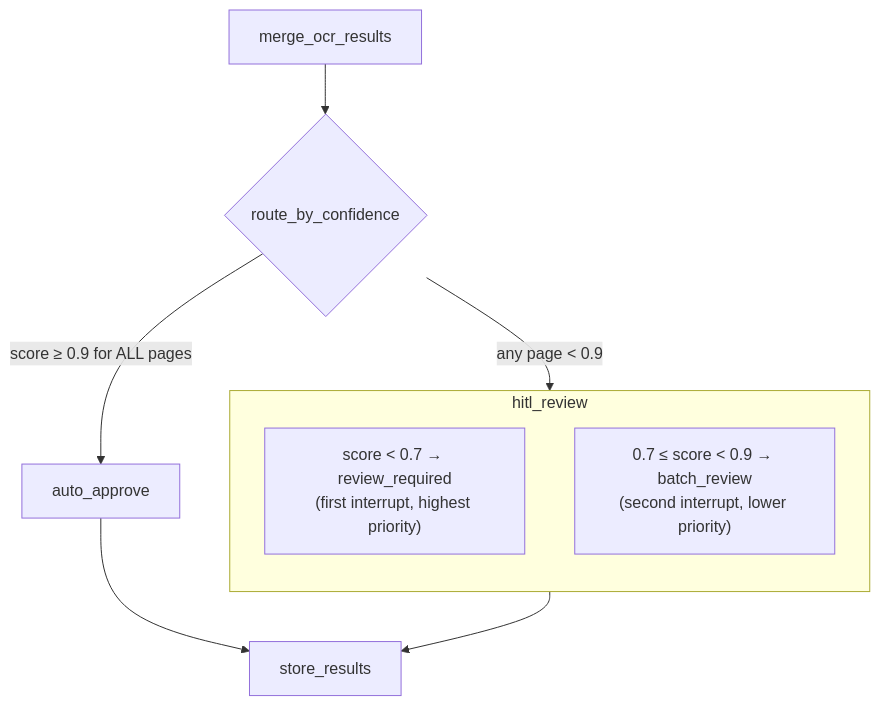
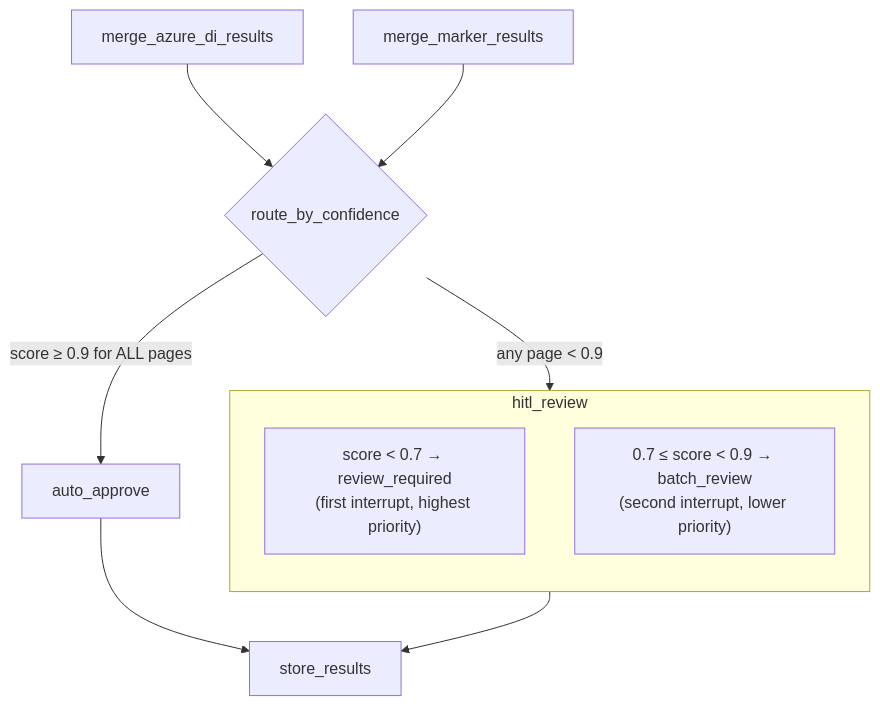
Before and after one commit to auropro-hyd/Docs-digitization: the first of 2 diagrams in wiki/backend/workflow/hitl-flow.md, drawn with Mermaid. The commit also changed other lines of this file and 146 other files, not shown here.

````diff
--- a/wiki/backend/workflow/hitl-flow.md
+++ b/wiki/backend/workflow/hitl-flow.md
@@ -23,16 +23,17 @@
 ```mermaid
 flowchart TD
-    merge_ocr_results --> route{route_by_confidence}
+    merge_azure_di_results --> route{route_by_confidence}
+    merge_marker_results --> route
 
     route -->|"score ≥ 0.9 for ALL pages"| auto_approve
     route -->|"any page < 0.9"| hitl_review
 
     subgraph hitl_review
         direction TB
         R1["score < 0.7 → review_required\n(first interrupt, highest priority)"]
         R2["0.7 ≤ score < 0.9 → batch_review\n(second interrupt, lower priority)"]
     end
 
     hitl_review --> store_results
     auto_approve --> store_results
 ```
````
